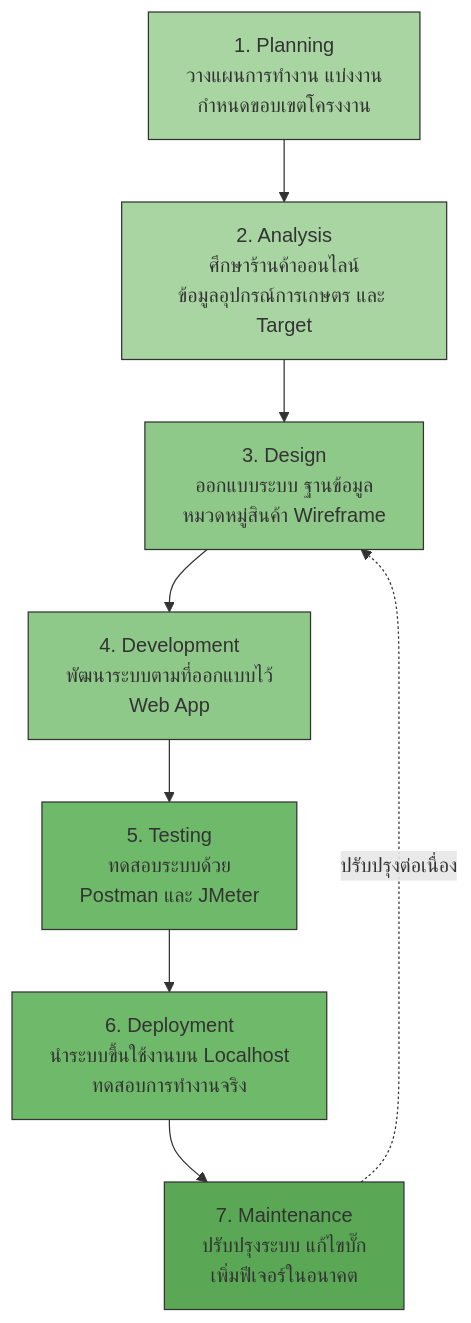
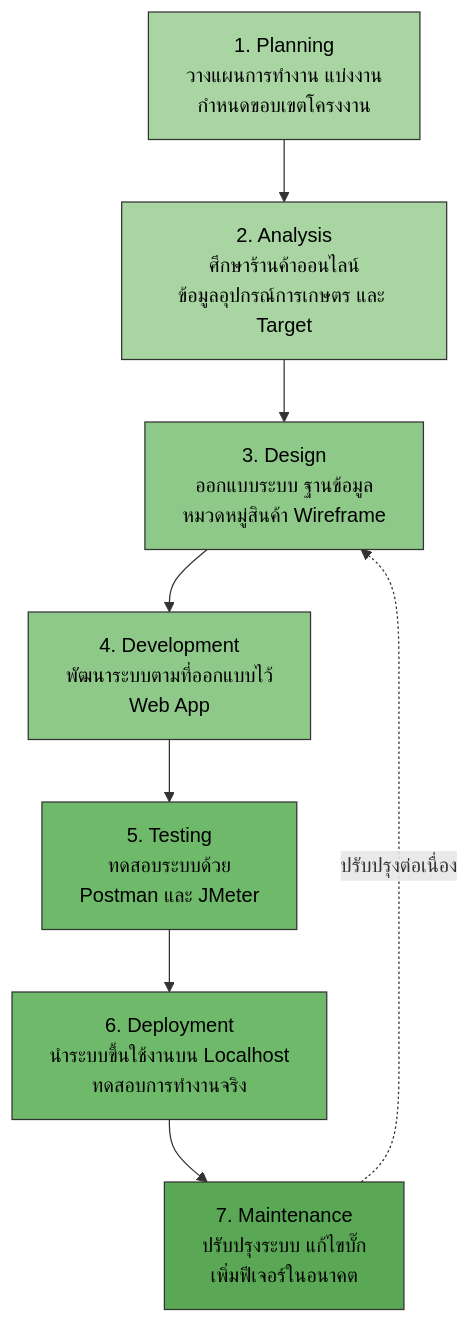
Before and after one commit to ptnsin/Farmart: the diagram in README.md, drawn with Mermaid.

Commit message:
แก้สี

````diff
--- a/README.md
+++ b/README.md
@@ -96,18 +96,18 @@
 ```mermaid
 graph TD
     A[1. Planning<br/>วางแผนการทำงาน แบ่งงาน<br/>กำหนดขอบเขตโครงงาน] --> B[2. Analysis<br/>ศึกษาร้านค้าออนไลน์<br/>ข้อมูลอุปกรณ์การเกษตร และ Target]
     B --> C[3. Design<br/>ออกแบบระบบ ฐานข้อมูล<br/>หมวดหมู่สินค้า Wireframe]
     C --> D[4. Development<br/>พัฒนาระบบตามที่ออกแบบไว้<br/>Web App]
     D --> E[5. Testing<br/>ทดสอบระบบด้วย<br/>Postman และ JMeter]
     E --> F[6. Deployment<br/>นำระบบขึ้นใช้งานบน Localhost<br/>ทดสอบการทำงานจริง]
     F --> G[7. Maintenance<br/>ปรับปรุงระบบ แก้ไขบั๊ก<br/>เพิ่มฟีเจอร์ในอนาคต]
     G -.ปรับปรุงต่อเนื่อง.-> C
 
-    style A fill:#a8d5a2,stroke:#333
-    style B fill:#a8d5a2,stroke:#333
-    style C fill:#8fc98a,stroke:#333
-    style D fill:#8fc98a,stroke:#333
-    style E fill:#6fb96a,stroke:#333
-    style F fill:#6fb96a,stroke:#333
-    style G fill:#5aa855,stroke:#333
+    style A fill:#a8d5a2,stroke:#333,color:#000
+    style B fill:#a8d5a2,stroke:#333,color:#000
+    style C fill:#8fc98a,stroke:#333,color:#000
+    style D fill:#8fc98a,stroke:#333,color:#000
+    style E fill:#6fb96a,stroke:#333,color:#000
+    style F fill:#6fb96a,stroke:#333,color:#000
+    style G fill:#5aa855,stroke:#333,color:#000
 ```
````
